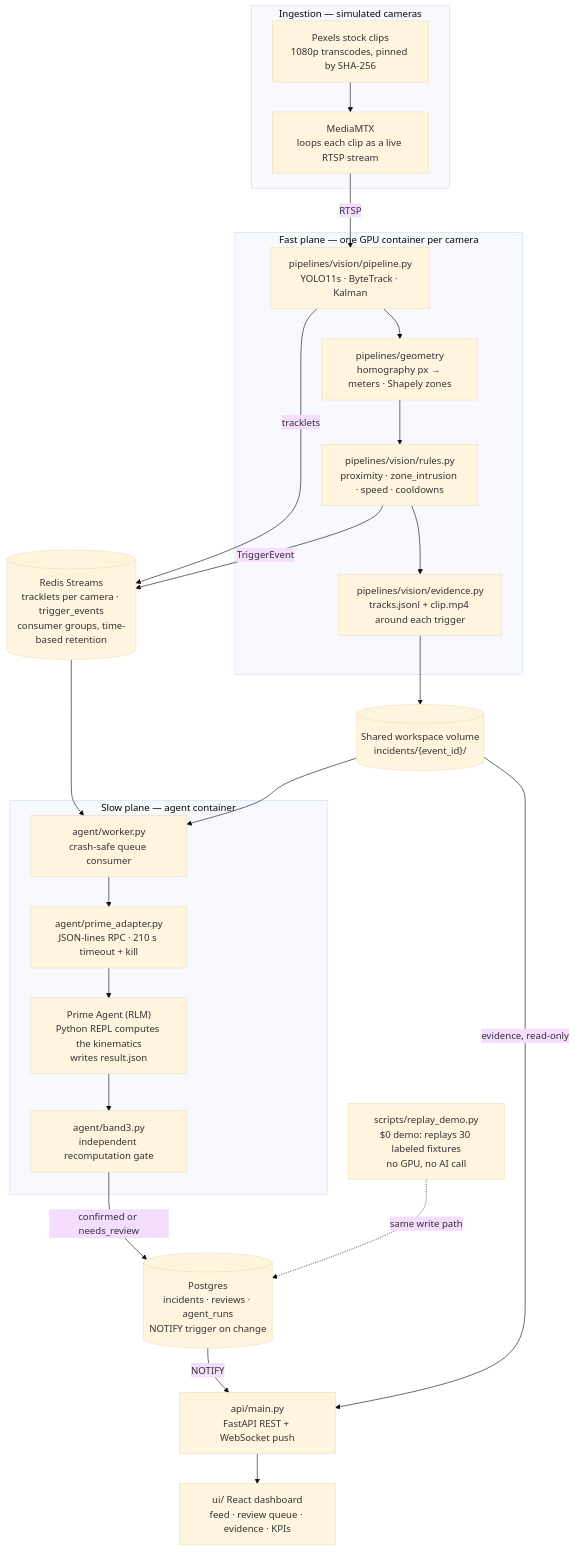
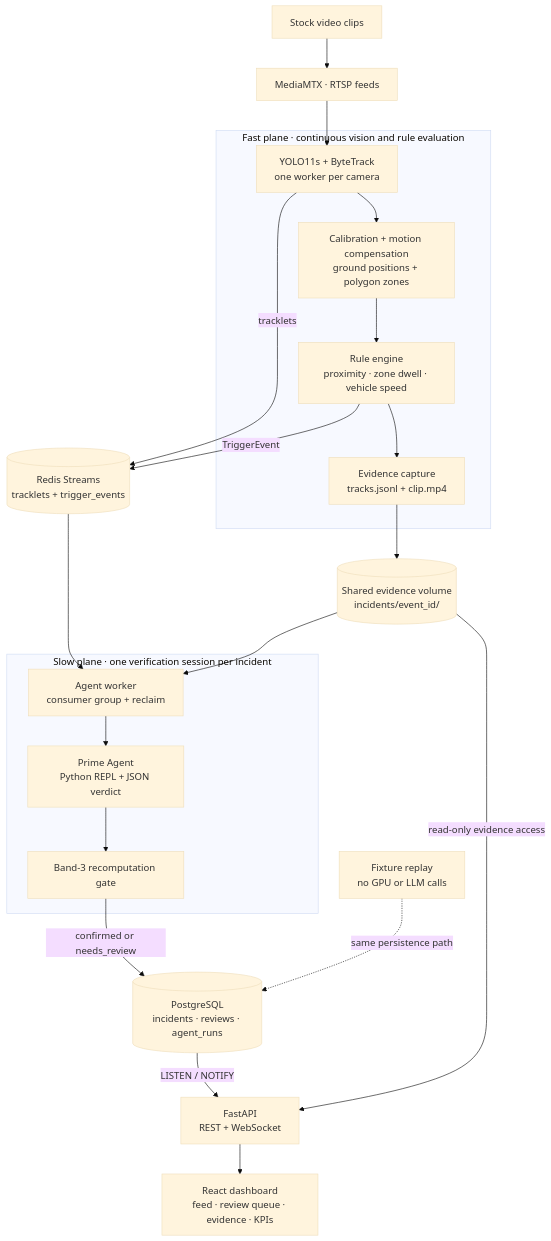
Before and after one commit to yash-rai-93/forgeguard-ai: the first of 2 diagrams in README.md, drawn with Mermaid (base theme). The commit also changed other lines of this file and 3 other files, not shown here.

````diff
--- a/README.md
+++ b/README.md
@@ -181,44 +210,38 @@
 ```mermaid
-flowchart TD
-    subgraph ingest["Ingestion — simulated cameras"]
-        CLIPS["Pexels stock clips<br>1080p transcodes, pinned by SHA-256"]
-        MTX["MediaMTX<br>loops each clip as a live RTSP stream"]
+flowchart TB
+    CLIPS["Stock video clips"] --> MTX["MediaMTX · RTSP feeds"]
+
+    subgraph FAST["Fast plane · continuous vision and rule evaluation"]
+        VISION["YOLO11s + ByteTrack<br/>one worker per camera"]
+        GEOMETRY["Calibration + motion compensation<br/>ground positions + polygon zones"]
+        RULES["Rule engine<br/>proximity · zone dwell · vehicle speed"]
+        EVIDENCE["Evidence capture<br/>tracks.jsonl + clip.mp4"]
+        VISION --> GEOMETRY --> RULES
+        RULES --> EVIDENCE
     end
-    subgraph fastplane["Fast plane — one GPU container per camera"]
-        VIS["pipelines/vision/pipeline.py<br>YOLO11s · ByteTrack · Kalman"]
-        GEOM["pipelines/geometry<br>homography px → meters · Shapely zones"]
-        RULES["pipelines/vision/rules.py<br>proximity · zone_intrusion · speed · cooldowns"]
-        EVID["pipelines/vision/evidence.py<br>tracks.jsonl + clip.mp4 around each trigger"]
+
+    MTX --> VISION
+    REDIS[("Redis Streams<br/>tracklets + trigger_events")]
+    WORKSPACE[("Shared evidence volume<br/>incidents/event_id/")]
+    VISION -->|tracklets| REDIS
+    RULES -->|TriggerEvent| REDIS
+    EVIDENCE --> WORKSPACE
+
+    subgraph SLOW["Slow plane · one verification session per incident"]
+        WORKER["Agent worker<br/>consumer group + reclaim"]
+        PRIME["Prime Agent<br/>Python REPL + JSON verdict"]
+        GATE["Band-3 recomputation gate"]
+        WORKER --> PRIME --> GATE
     end
-    REDIS[("Redis Streams<br>tracklets per camera · trigger_events<br>consumer groups, time-based retention")]
-    VOL[("Shared workspace volume<br>incidents/{event_id}/")]
-    subgraph slowplane["Slow plane — agent container"]
-        WORK["agent/worker.py<br>crash-safe queue consumer"]
-        ADAPT["agent/prime_adapter.py<br>JSON-lines RPC · 210 s timeout + kill"]
-        PA["Prime Agent (RLM)<br>Python REPL computes the kinematics<br>writes result.json"]
-        B3["agent/band3.py<br>independent recomputation gate"]
-    end
-    PG[("Postgres<br>incidents · reviews · agent_runs<br>NOTIFY trigger on change")]
-    API["api/main.py<br>FastAPI REST + WebSocket push"]
-    UI["ui/ React dashboard<br>feed · review queue · evidence · KPIs"]
-    REPLAY["scripts/replay_demo.py<br>$0 demo: replays 30 labeled fixtures<br>no GPU, no AI call"]
 
-    CLIPS --> MTX
-    MTX -->|RTSP| VIS
-    VIS --> GEOM
-    GEOM --> RULES
-    VIS -->|tracklets| REDIS
-    RULES -->|TriggerEvent| REDIS
-    RULES --> EVID
-    EVID --> VOL
-    REDIS --> WORK
-    VOL --> WORK
-    WORK --> ADAPT
-    ADAPT --> PA
-    PA --> B3
-    B3 -->|confirmed or needs_review| PG
-    PG -->|NOTIFY| API
-    VOL -->|evidence, read-only| API
+    REDIS --> WORKER
+    WORKSPACE --> WORKER
+    PG[("PostgreSQL<br/>incidents · reviews · agent_runs")]
+    GATE -->|confirmed or needs_review| PG
+    API["FastAPI<br/>REST + WebSocket"]
+    UI["React dashboard<br/>feed · review queue · evidence · KPIs"]
+    PG -->|LISTEN / NOTIFY| API
+    WORKSPACE -->|read-only evidence access| API
     API --> UI
-    REPLAY -.->|same write path| PG
+    REPLAY["Fixture replay<br/>no GPU or LLM calls"] -.->|same persistence path| PG
 ```
````
